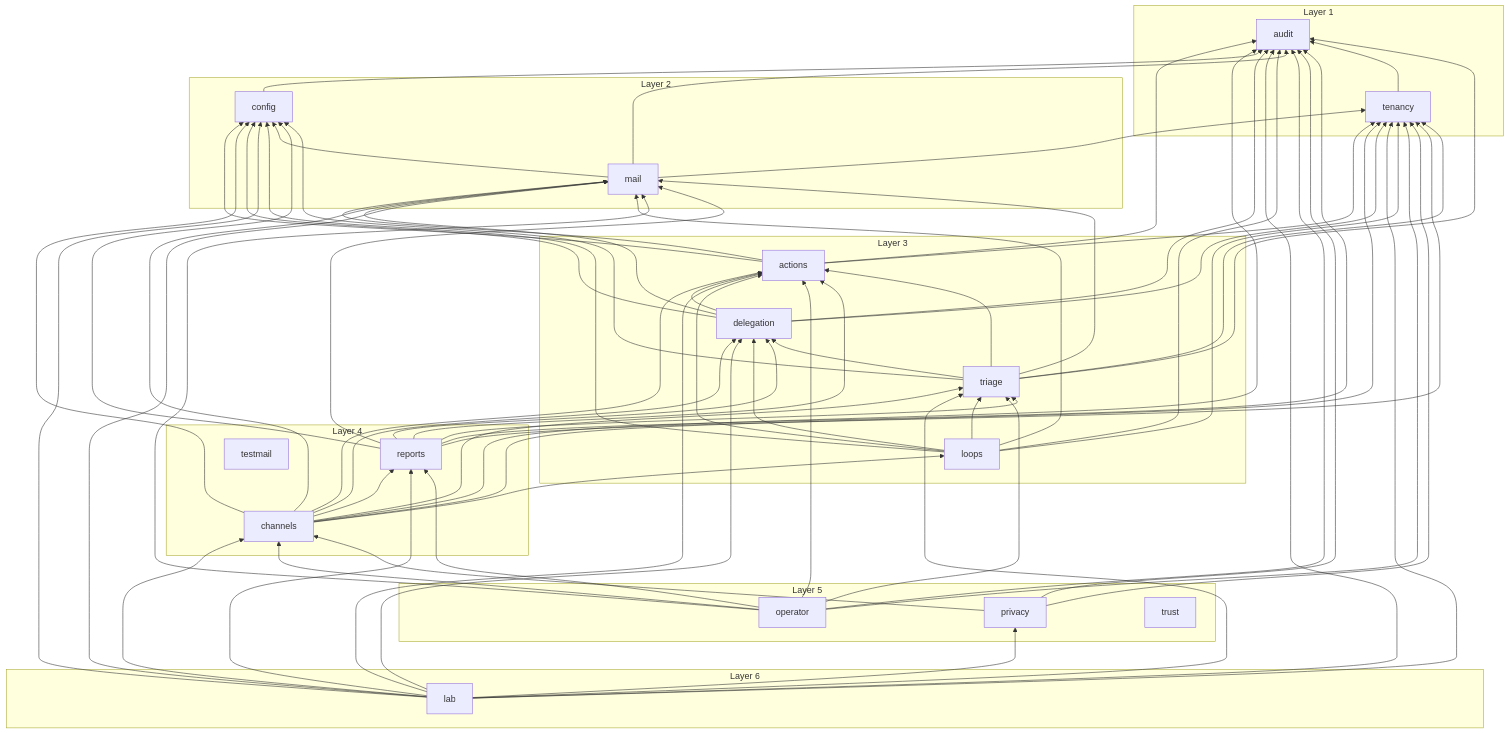
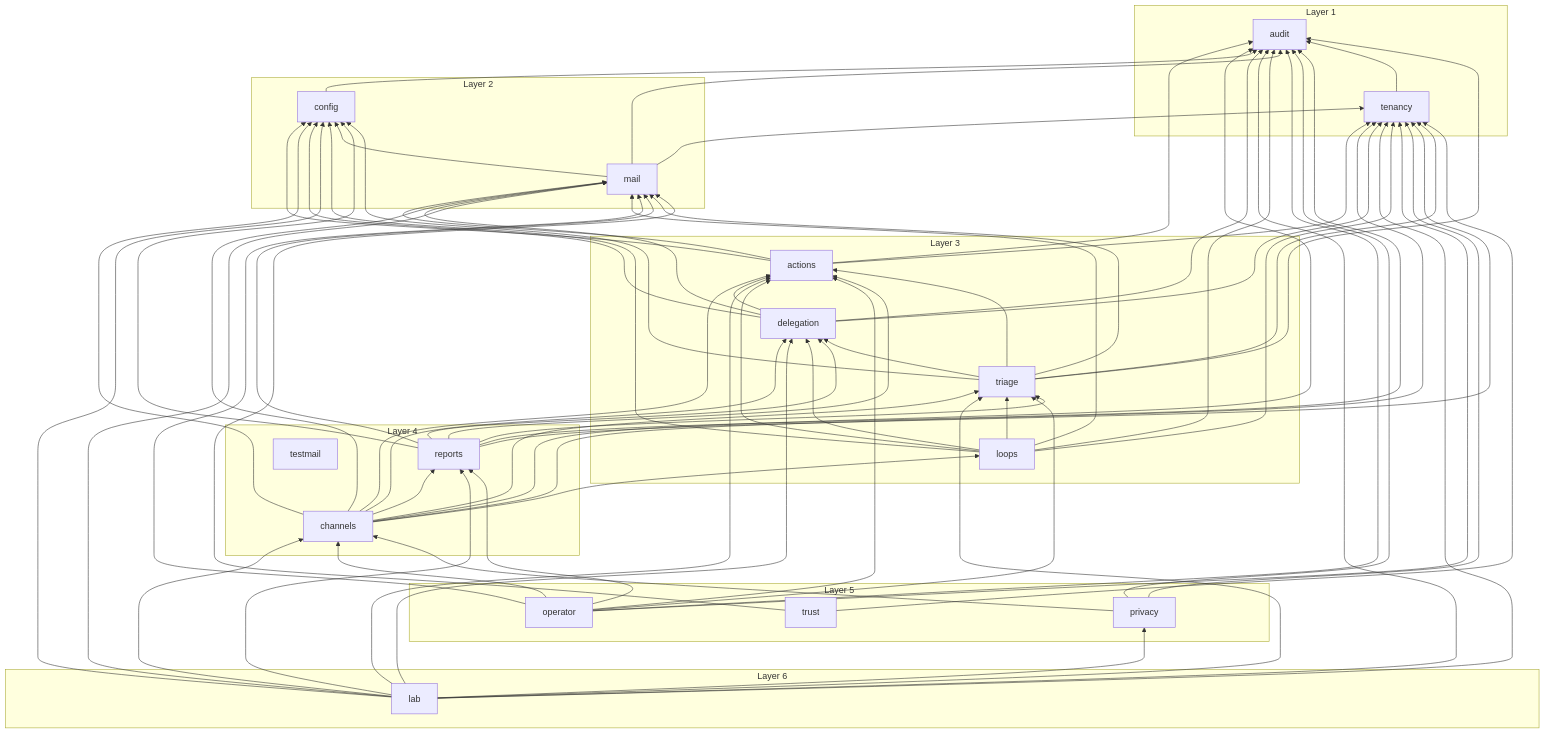
One commit to Artexs/email_assistant changed the diagram in docs/diagrams/module-graph.md. Above: the diagram before and after it, drawn with Mermaid. The commit also changed 27 other files, not shown here.

````diff
--- a/docs/diagrams/module-graph.md
+++ b/docs/diagrams/module-graph.md
@@ -96,4 +96,6 @@
   triage --> delegation
   triage --> mail
   triage --> tenancy
+  trust --> mail
+  trust --> tenancy
 ```
````
